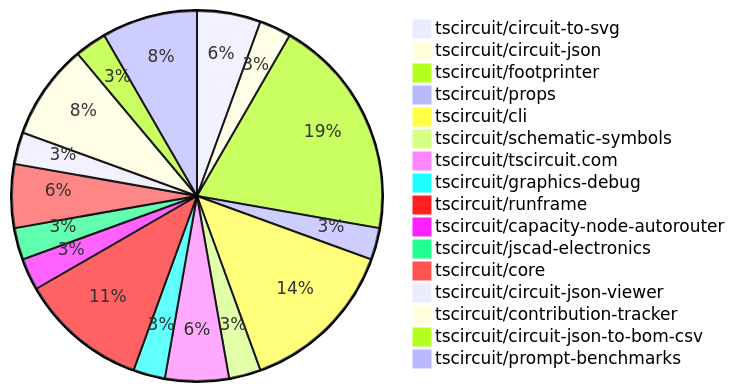
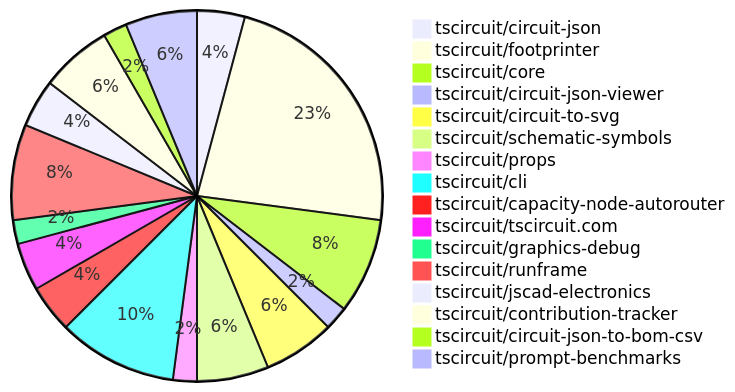
Before and after one commit to tscircuit/contribution-tracker: the diagram in README.md, drawn with Mermaid. The commit also changed other lines of this file and 2 other files, not shown here.

````diff
--- a/README.md
+++ b/README.md
@@ -24,19 +24,19 @@
 ```mermaid
 pie
-    "tscircuit/circuit-to-svg" : 2
-    "tscircuit/circuit-json" : 1
-    "tscircuit/footprinter" : 7
+    "tscircuit/circuit-json" : 2
+    "tscircuit/footprinter" : 11
+    "tscircuit/core" : 4
+    "tscircuit/circuit-json-viewer" : 1
+    "tscircuit/circuit-to-svg" : 3
+    "tscircuit/schematic-symbols" : 3
     "tscircuit/props" : 1
     "tscircuit/cli" : 5
-    "tscircuit/schematic-symbols" : 1
+    "tscircuit/capacity-node-autorouter" : 2
     "tscircuit/tscircuit.com" : 2
     "tscircuit/graphics-debug" : 1
     "tscircuit/runframe" : 4
-    "tscircuit/capacity-node-autorouter" : 1
-    "tscircuit/jscad-electronics" : 1
-    "tscircuit/core" : 2
-    "tscircuit/circuit-json-viewer" : 1
+    "tscircuit/jscad-electronics" : 2
     "tscircuit/contribution-tracker" : 3
     "tscircuit/circuit-json-to-bom-csv" : 1
     "tscircuit/prompt-benchmarks" : 3
 ```
````
